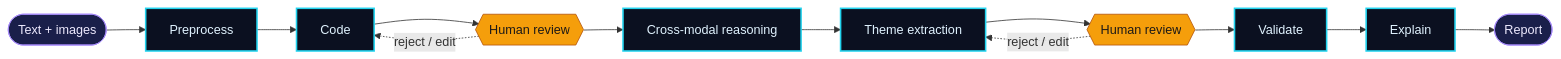
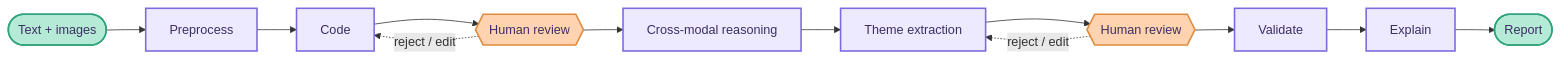
One commit to Mehrun-NisaRahman/Mehrun-NisaRahman changed the diagram in README.md. Above: the diagram before and after it, drawn with Mermaid. The commit also changed other lines of this file and 3 other files, not shown here.

````diff
--- a/README.md
+++ b/README.md
@@ -79,20 +94,20 @@
 ```mermaid
 flowchart LR
     D([Text + images]) --> P[Preprocess]
     P --> C[Code]
     C --> H1{{Human review}}
     H1 --> X[Cross-modal reasoning]
     X --> T[Theme extraction]
     T --> H2{{Human review}}
     H2 --> V[Validate]
     V --> E[Explain]
     E --> R([Report])
     H1 -.->|reject / edit| C
     H2 -.->|reject / edit| T
-    classDef agent fill:#0b1020,stroke:#22d3ee,stroke-width:2px,color:#e0f2fe
-    classDef human fill:#f59e0b,stroke:#b45309,color:#1c1917
-    classDef io fill:#1a1f4a,stroke:#a78bfa,color:#ede9fe
+    classDef agent fill:#EDE9FE,stroke:#7c6be0,stroke-width:2px,color:#3B2F63
+    classDef human fill:#FFD3B0,stroke:#e08a3c,stroke-width:2px,color:#3B2F63
+    classDef io fill:#B5EAD7,stroke:#2fa37a,stroke-width:2px,color:#3B2F63
     class P,C,X,T,V,E agent
     class H1,H2 human
     class D,R io
 ```
````
